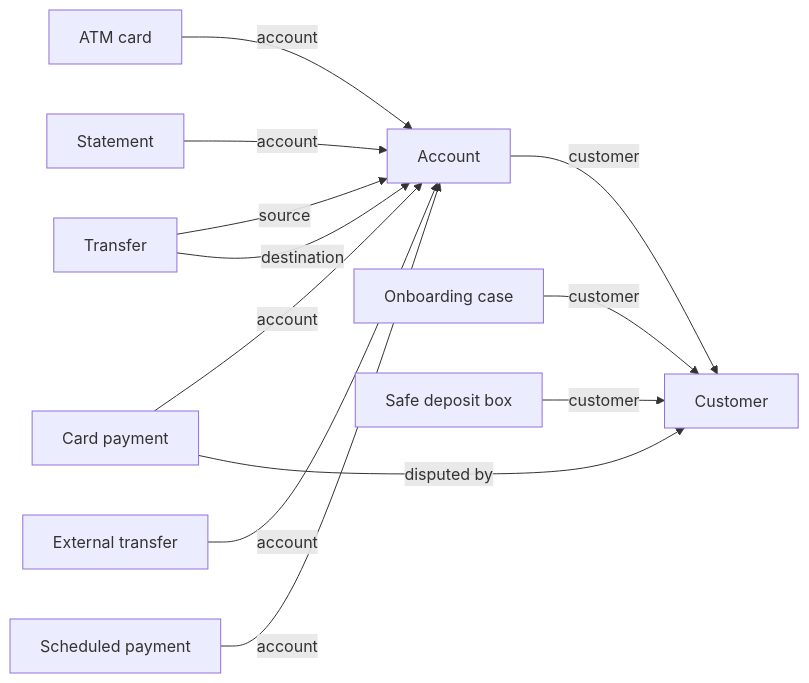
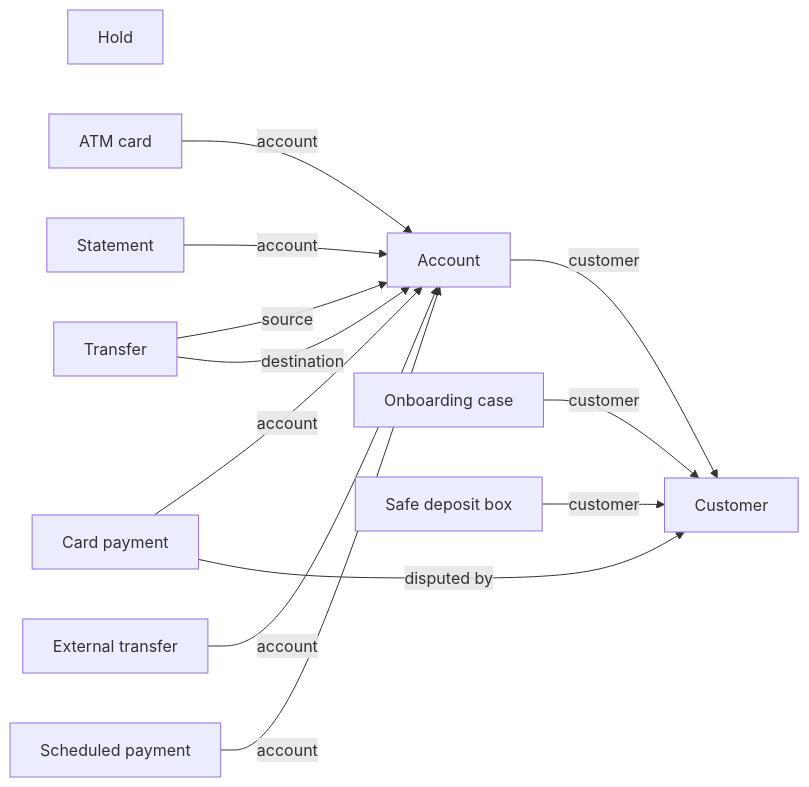
One commit to heckslabs/hecks changed the first of 21 diagrams in examples/banking/glossary/glossary.md. Above: the diagram before and after it, drawn with Mermaid. The commit also changed other lines of this file and 33 other files, not shown here.

````diff
--- a/examples/banking/glossary/glossary.md
+++ b/examples/banking/glossary/glossary.md
@@ -7,24 +7,25 @@
 ```mermaid
 flowchart LR
     n_customer["Customer"]
     n_account["Account"]
+    n_hold["Hold"]
     n_onboarding_case["Onboarding case"]
     n_atm_card["ATM card"]
     n_card_payment["Card payment"]
     n_safe_deposit_box["Safe deposit box"]
     n_statement["Statement"]
     n_transfer["Transfer"]
     n_external_transfer["External transfer"]
     n_scheduled_payment["Scheduled payment"]
     n_account -->|"customer"| n_customer
     n_onboarding_case -->|"customer"| n_customer
     n_atm_card -->|"account"| n_account
     n_card_payment -->|"account"| n_account
     n_card_payment -->|"disputed by"| n_customer
     n_safe_deposit_box -->|"customer"| n_customer
     n_statement -->|"account"| n_account
     n_transfer -->|"source"| n_account
     n_transfer -->|"destination"| n_account
     n_external_transfer -->|"account"| n_account
     n_scheduled_payment -->|"account"| n_account
 ```
````
